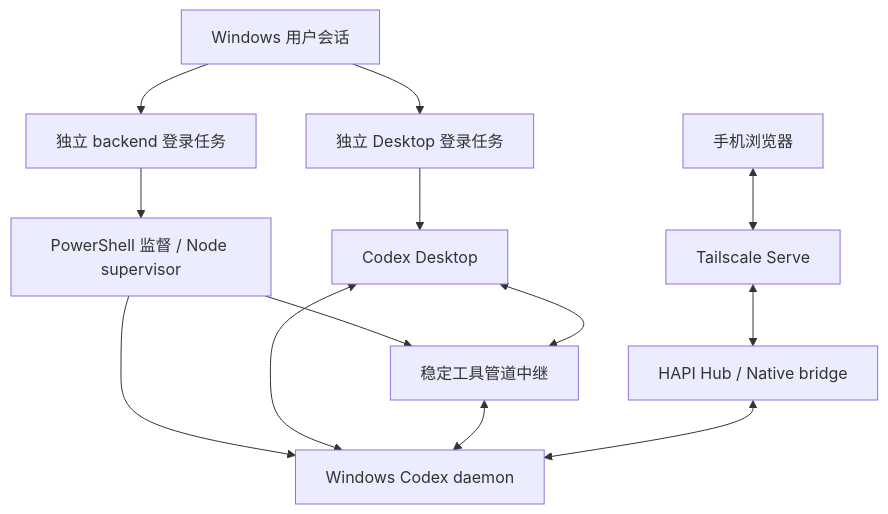
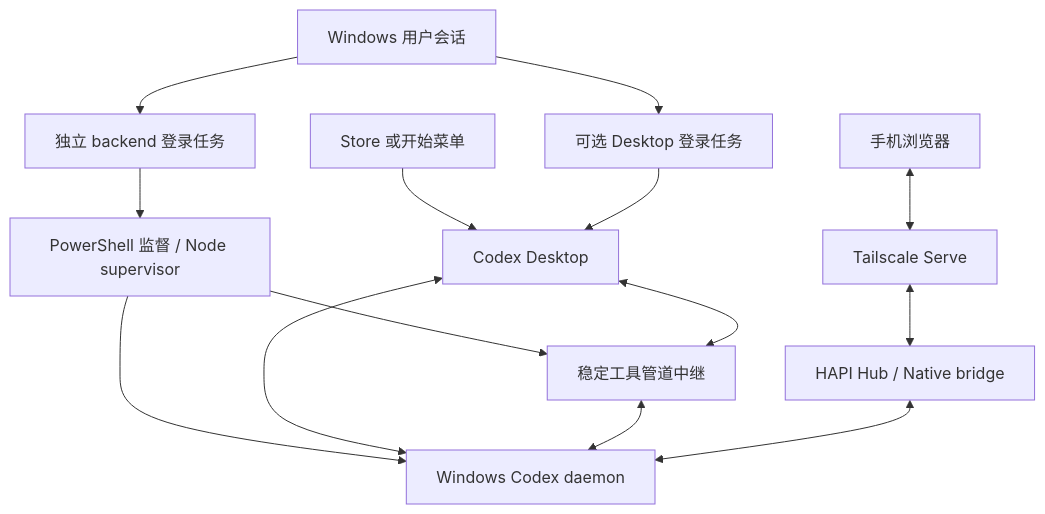
The diagram in deployment/docs/WINDOWS_CONNECTION.md (Sssssaltyfish/hapi), drawn with Mermaid before and after one commit. The commit also changed other lines of this file and 10 other files, not shown here.

````diff
--- a/deployment/docs/WINDOWS_CONNECTION.md
+++ b/deployment/docs/WINDOWS_CONNECTION.md
@@ -5,15 +5,16 @@
 ```mermaid
 flowchart TD
     W[Windows 用户会话] --> B[独立 backend 登录任务]
-    W --> D[独立 Desktop 登录任务]
+    W --> D[可选 Desktop 登录任务]
+    O[Store 或开始菜单] --> A
     B --> S[PowerShell 监督 / Node supervisor]
     S --> C[Windows Codex daemon]
     S --> P[稳定工具管道中继]
     D --> A[Codex Desktop]
     A <--> C
     A <--> P
     P <--> C
     H[HAPI Hub / Native bridge] <--> C
     F[手机浏览器] <--> T[Tailscale Serve]
     T <--> H
 ```
````
